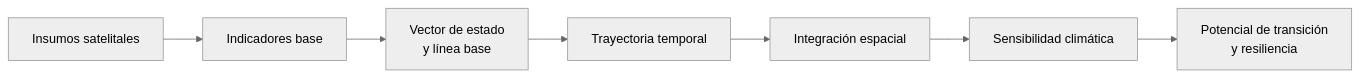
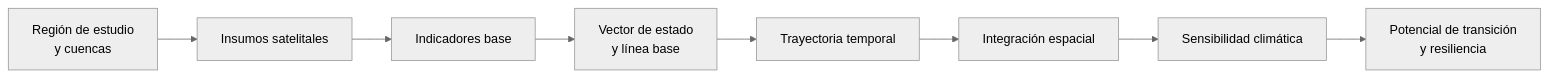
Before and after one commit to CIT-UAI/Book-MRCT: the diagram in intro.qmd, drawn with Mermaid (neutral theme). The commit also changed other lines of this file and 18 other files, not shown here.

````diff
--- a/intro.qmd
+++ b/intro.qmd
@@ -44,9 +44,10 @@
 ```{mermaid}
 flowchart LR
-    A[Insumos satelitales] --> B[Indicadores base]
-    B --> C[Vector de estado<br/>y línea base]
-    C --> D[Trayectoria temporal]
-    D --> E[Integración espacial]
-    E --> F[Sensibilidad climática]
-    F --> G[Potencial de transición<br/>y resiliencia]
+    A[Región de estudio<br/>y cuencas] --> B[Insumos satelitales]
+    B --> C[Indicadores base]
+    C --> D[Vector de estado<br/>y línea base]
+    D --> E[Trayectoria temporal]
+    E --> F[Integración espacial]
+    F --> G[Sensibilidad climática]
+    G --> H[Potencial de transición<br/>y resiliencia]
 ```
````
